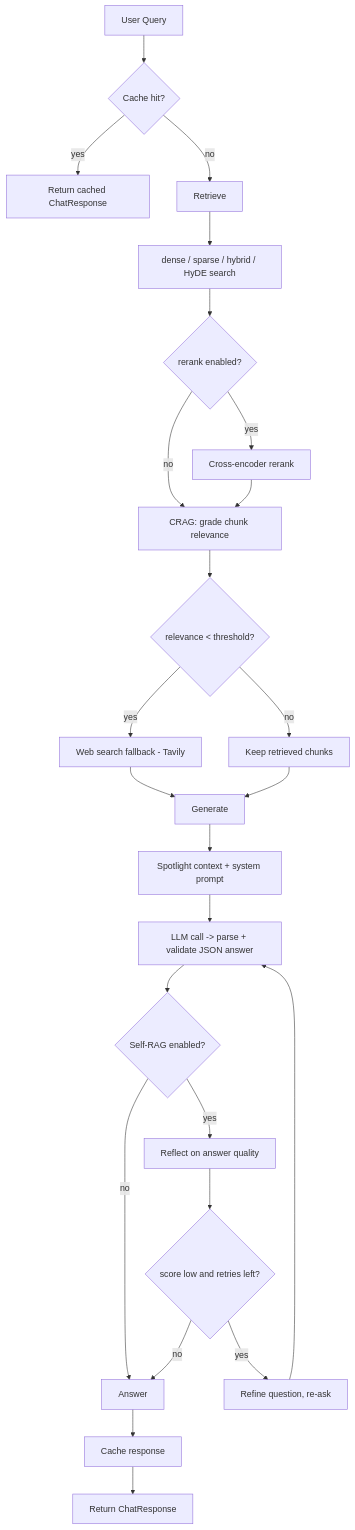
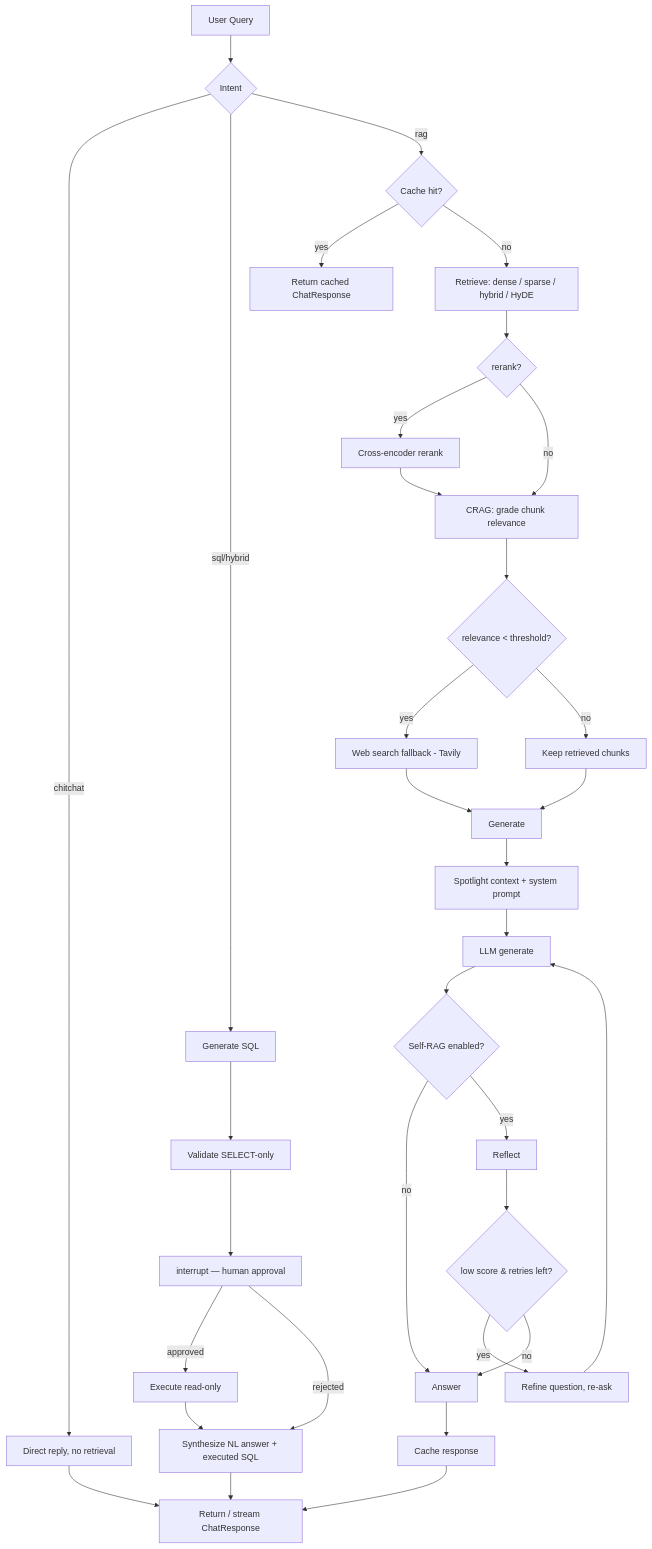
The diagram in README.md (Divyanshrana01/KubePilot), drawn with Mermaid before and after one commit. The commit also changed other lines of this file and 7 other files, not shown here.

First line of the commit message:
docs: rewrite README with UI screenshots and current architecture

````diff
--- a/README.md
+++ b/README.md
@@ -63,27 +79,25 @@
 ```mermaid
 flowchart TD
-    A[User Query] --> B{Cache hit?}
+    A[User Query] --> R{Intent}
+    R -- chitchat --> CC[Direct reply, no retrieval] --> Z2
+    R -- sql/hybrid --> SQLG[Generate SQL] --> SQLV[Validate SELECT-only] --> INT[interrupt — human approval]
+    INT -- approved --> EX[Execute read-only] --> NL[Synthesize NL answer + executed SQL]
+    INT -- rejected --> NL
+    NL --> Z2
+    R -- rag --> B{Cache hit?}
     B -- yes --> Z[Return cached ChatResponse]
-    B -- no --> C[Retrieve]
-    C --> C1[dense / sparse / hybrid / HyDE search]
-    C1 --> C2{rerank enabled?}
-    C2 -- yes --> C3[Cross-encoder rerank]
-    C2 -- no --> D
-    C3 --> D[CRAG: grade chunk relevance]
+    B -- no --> C[Retrieve: dense / sparse / hybrid / HyDE]
+    C --> C2{rerank?}
+    C2 -- yes --> C3[Cross-encoder rerank] --> D
+    C2 -- no --> D[CRAG: grade chunk relevance]
     D --> E{relevance < threshold?}
-    E -- yes --> F[Web search fallback - Tavily]
-    E -- no --> G[Keep retrieved chunks]
-    F --> H[Generate]
-    G --> H[Generate]
-    H --> H1[Spotlight context + system prompt]
-    H1 --> H2[LLM call -> parse + validate JSON answer]
+    E -- yes --> F[Web search fallback - Tavily] --> H
+    E -- no --> G[Keep retrieved chunks] --> H[Generate]
+    H --> H1[Spotlight context + system prompt] --> H2[LLM generate]
     H2 --> I{Self-RAG enabled?}
     I -- no --> M[Answer]
-    I -- yes --> J[Reflect on answer quality]
-    J --> K{score low and retries left?}
-    K -- yes --> L[Refine question, re-ask]
-    L --> H2
+    I -- yes --> J[Reflect] --> K{low score & retries left?}
+    K -- yes --> L[Refine question, re-ask] --> H2
     K -- no --> M[Answer]
-    M --> N[Cache response]
-    N --> Z2[Return ChatResponse]
+    M --> N[Cache response] --> Z2[Return / stream ChatResponse]
 ```
````
